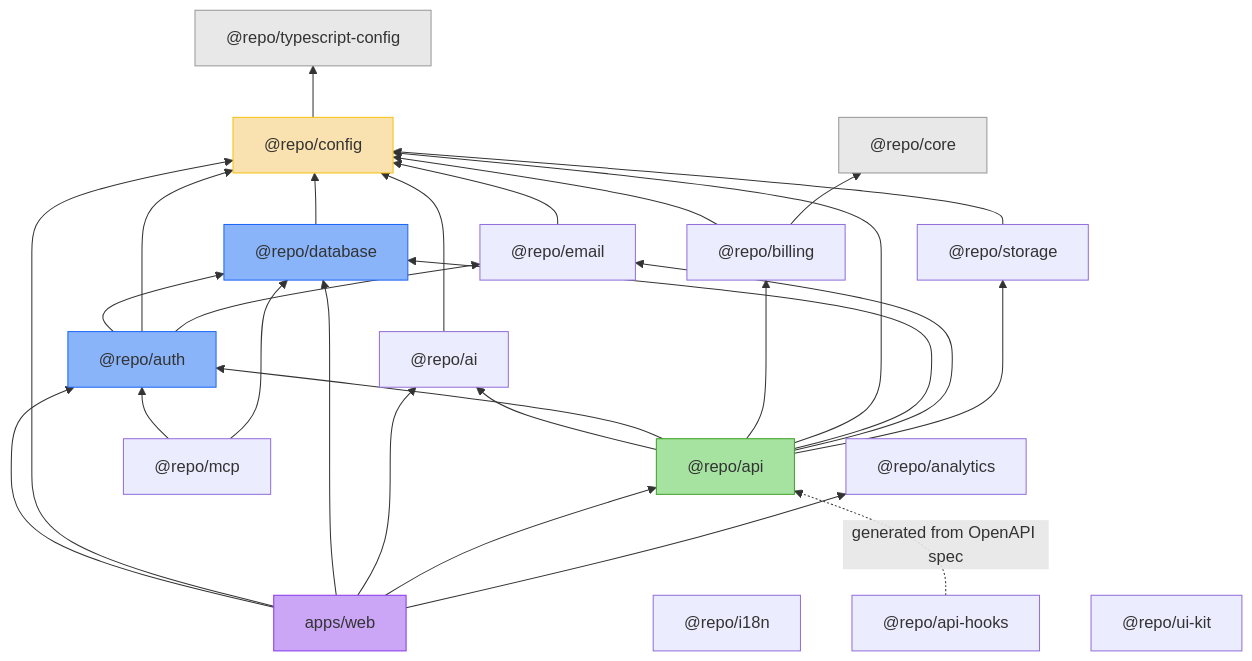
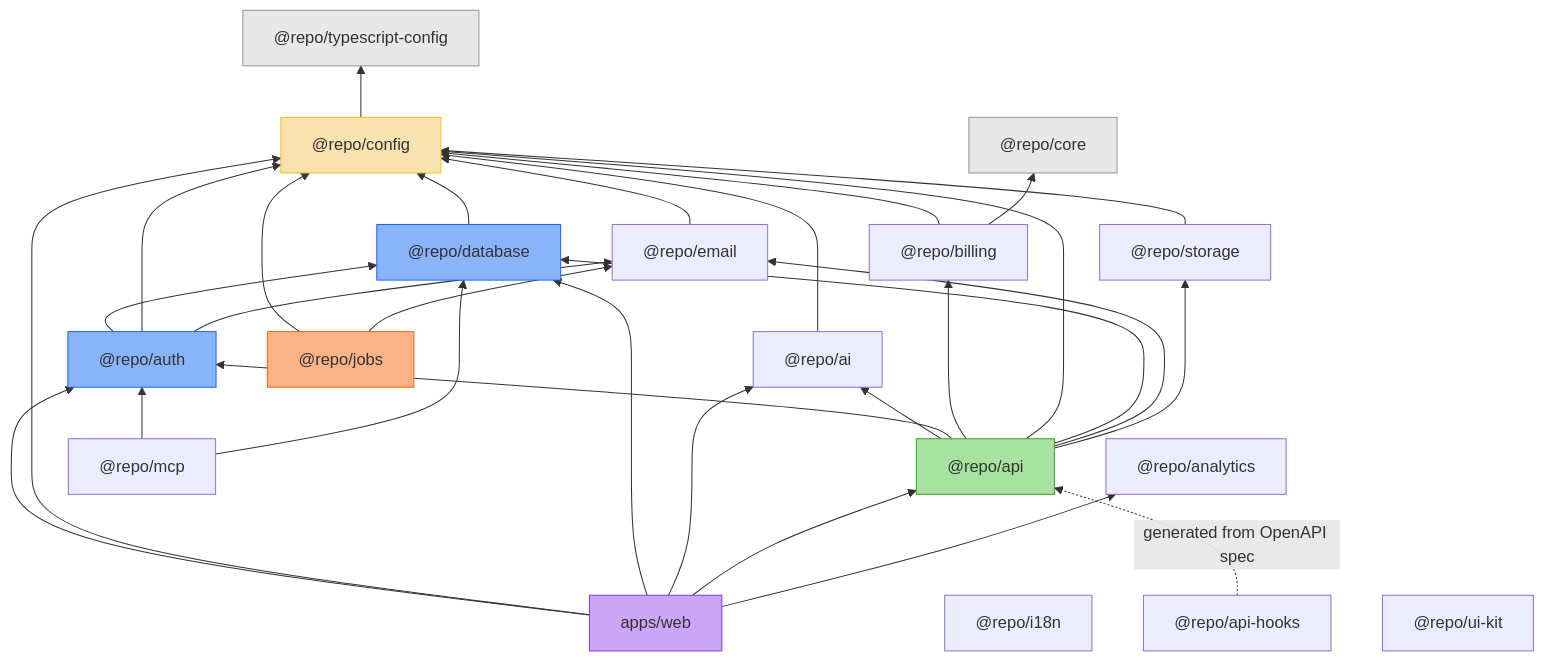
One commit to launchapp-dev/invoicer changed the diagram in knowledge/architecture/saas-template-dependency.md. Above: the diagram before and after it, drawn with Mermaid. The commit also changed other lines of this file and 3 other files, not shown here.

First line of the commit message:
Refresh SaaS template architecture diagrams for jobs package addition (TASK-073) (#55)

````diff
--- a/knowledge/architecture/saas-template-dependency.md
+++ b/knowledge/architecture/saas-template-dependency.md
@@ -19,59 +19,64 @@
 ```mermaid
 graph BT
     TS["@repo/typescript-config"]
     CORE["@repo/core"]
     CONFIG["@repo/config"]
     DB["@repo/database"]
     AUTH["@repo/auth"]
     API["@repo/api"]
     WEB["apps/web"]
     AI["@repo/ai"]
     BILLING["@repo/billing"]
     EMAIL["@repo/email"]
     STORAGE["@repo/storage"]
     ANALYTICS["@repo/analytics"]
     I18N["@repo/i18n"]
     APIHOOKS["@repo/api-hooks"]
     MCP["@repo/mcp"]
     UIKIT["@repo/ui-kit"]
+    JOBS["@repo/jobs"]
 
     CONFIG --> TS
     DB --> CONFIG
     AUTH --> DB
     AUTH --> CONFIG
     AUTH --> EMAIL
 
     AI --> CONFIG
     BILLING --> CONFIG
     BILLING --> CORE
     EMAIL --> CONFIG
     STORAGE --> CONFIG
+
+    JOBS --> CONFIG
+    JOBS --> EMAIL
 
     API --> AI
     API --> AUTH
     API --> BILLING
     API --> CONFIG
     API --> DB
     API --> EMAIL
     API --> STORAGE
 
     APIHOOKS -.->|generated from OpenAPI spec| API
 
     MCP --> AUTH
     MCP --> DB
 
     WEB --> AUTH
     WEB --> CONFIG
     WEB --> DB
     WEB --> AI
     WEB --> API
     WEB --> ANALYTICS
 
     style TS fill:#e8e8e8,stroke:#999
     style CORE fill:#e8e8e8,stroke:#999
     style CONFIG fill:#f9e2af,stroke:#f5c211
     style DB fill:#89b4fa,stroke:#1e66f5
     style AUTH fill:#89b4fa,stroke:#1e66f5
     style API fill:#a6e3a1,stroke:#40a02b
     style WEB fill:#cba6f7,stroke:#8839ef
+    style JOBS fill:#fab387,stroke:#fe640b
 ```
````
